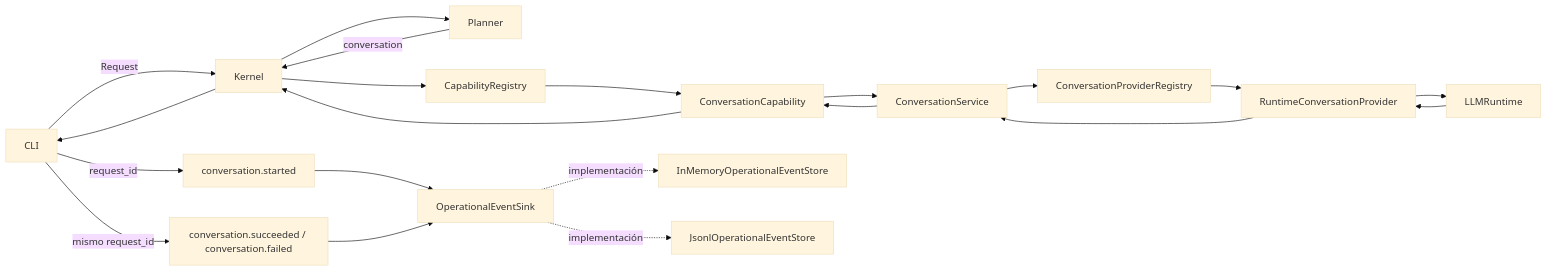
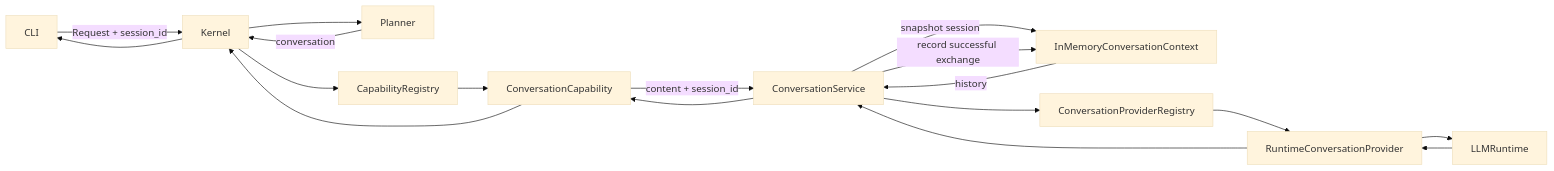
The second of 2 diagrams in 01-architecture/CURRENT_COMPONENTS_MAP.md (Aranwill/malak-project-vault), drawn with Mermaid (base theme) before and after one commit. The commit also changed other lines of this file and 2 other files, not shown here.

Commit message:
docs(vault): reconcile conversation 7.10 semantic projection

````diff
--- a/01-architecture/CURRENT_COMPONENTS_MAP.md
+++ b/01-architecture/CURRENT_COMPONENTS_MAP.md
@@ -420,39 +429,31 @@
 ```mermaid
 flowchart LR
     CLI[CLI]
     Kernel[Kernel]
     Planner[Planner]
     Registry[CapabilityRegistry]
     Capability[ConversationCapability]
     Service[ConversationService]
+    Context[InMemoryConversationContext]
     ProviderRegistry[ConversationProviderRegistry]
     Provider[RuntimeConversationProvider]
     Runtime[LLMRuntime]
-    Started[conversation.started]
-    Final[conversation.succeeded / conversation.failed]
-    Sink[OperationalEventSink]
-    Memory[InMemoryOperationalEventStore]
-    JSONL[JsonlOperationalEventStore]
 
-    CLI -->|Request| Kernel
+    CLI -->|Request + session_id| Kernel
     Kernel --> Planner
     Planner -->|conversation| Kernel
     Kernel --> Registry
     Registry --> Capability
-    Capability --> Service
+    Capability -->|content + session_id| Service
+    Service -->|snapshot session| Context
+    Context -->|history| Service
     Service --> ProviderRegistry
     ProviderRegistry --> Provider
     Provider --> Runtime
     Runtime --> Provider
     Provider --> Service
+    Service -->|record successful exchange| Context
     Service --> Capability
     Capability --> Kernel
     Kernel --> CLI
-
-    CLI -->|request_id| Started
-    Started --> Sink
-    CLI -->|mismo request_id| Final
-    Final --> Sink
-    Sink -. implementación .-> Memory
-    Sink -. implementación .-> JSONL
 ```
````
